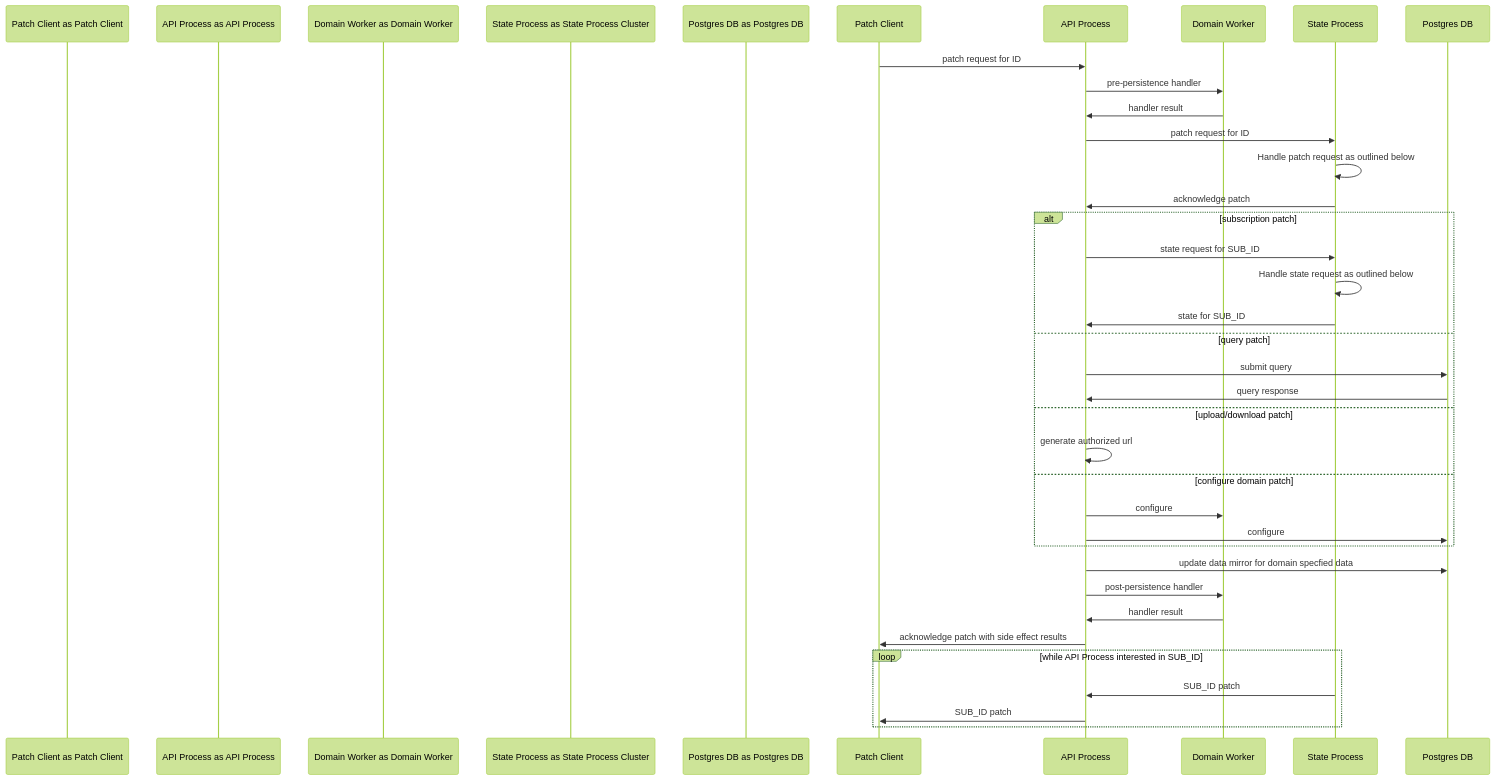
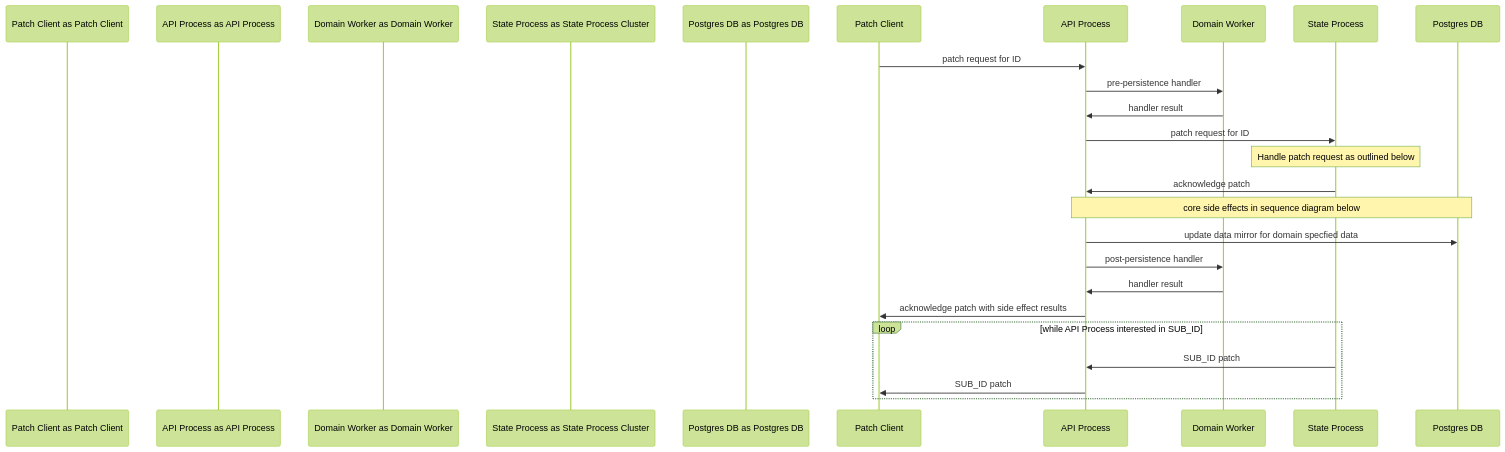
The first of 2 diagrams in README.md (knowlearning/platform), drawn with Mermaid (forest theme) before and after one commit. The commit also changed other lines of this file, not shown here.

Commit message:
Split out core side effect sequence diagram

````diff
--- a/README.md
+++ b/README.md
@@ -43,36 +45,24 @@
 ```mermaid
 sequenceDiagram
   participant Patch Client as Patch Client
   participant API Process as API Process
   participant Domain Worker as Domain Worker
   participant State Process as State Process Cluster
   participant Postgres DB as Postgres DB
 
   Patch Client ->> API Process: patch request for ID
   API Process ->> Domain Worker: pre-persistence handler
   Domain Worker ->> API Process: handler result
   API Process ->> State Process: patch request for ID
-  State Process ->> State Process: Handle patch request as outlined below
+  Note over State Process: Handle patch request as outlined below
   State Process ->> API Process: acknowledge patch
-  alt subscription patch
-    API Process ->> State Process: state request for SUB_ID
-    State Process ->> State Process: Handle state request as outlined below
-    State Process ->> API Process: state for SUB_ID
-  else query patch
-    API Process ->> Postgres DB: submit query
-    Postgres DB ->> API Process: query response
-  else upload/download patch
-    API Process ->> API Process: generate authorized url
-  else configure domain patch
-    API Process ->> Domain Worker: configure
-    API Process ->> Postgres DB: configure
-  end
+  Note over API Process,Postgres DB: core side effects in sequence diagram below
   API Process ->> Postgres DB: update data mirror for domain specfied data
   API Process ->> Domain Worker: post-persistence handler
   Domain Worker ->> API Process: handler result
   API Process ->> Patch Client: acknowledge patch with side effect results
   loop while API Process interested in SUB_ID
     State Process ->> API Process: SUB_ID patch
     API Process ->> Patch Client: SUB_ID patch
   end
 ```
````
